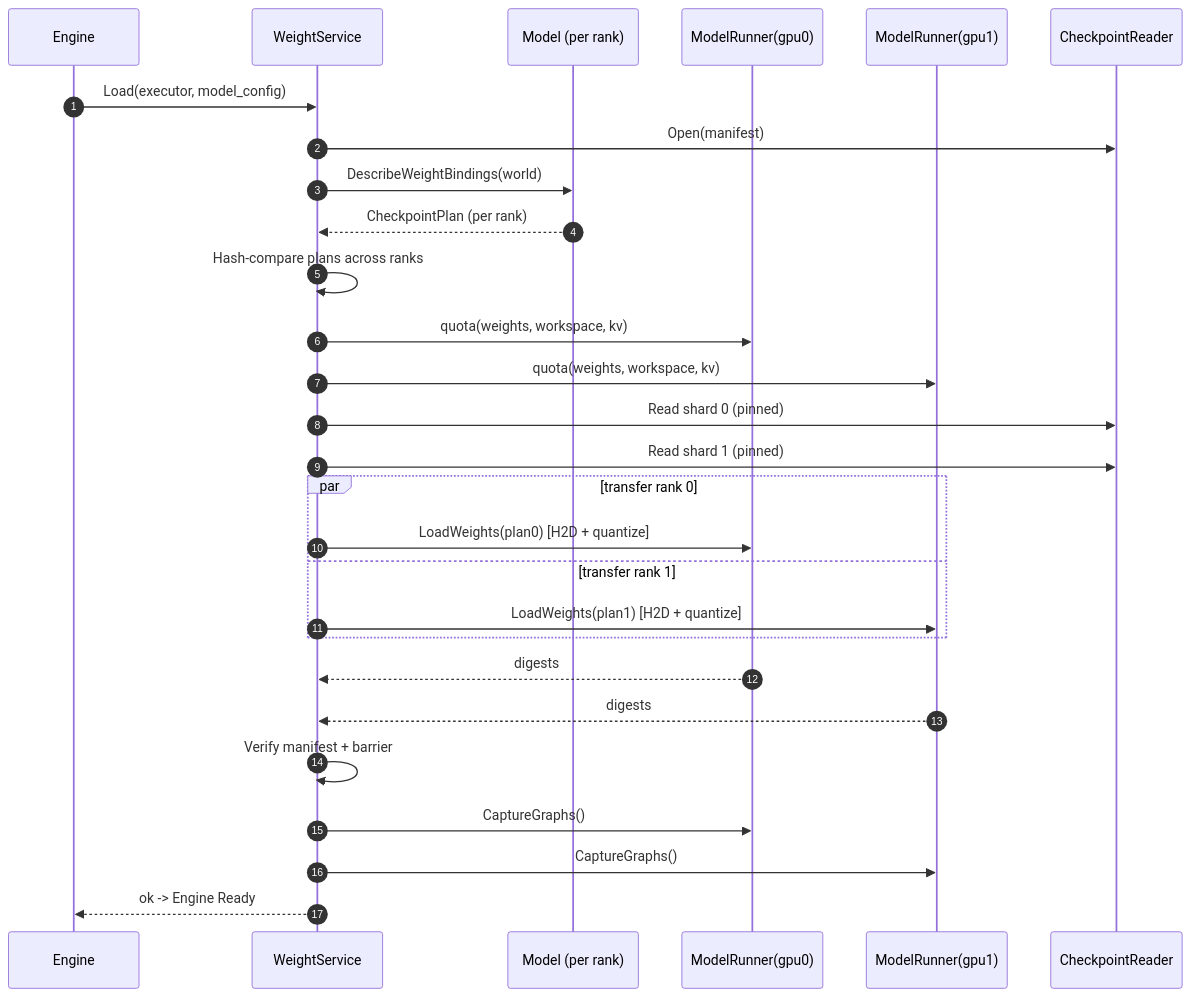
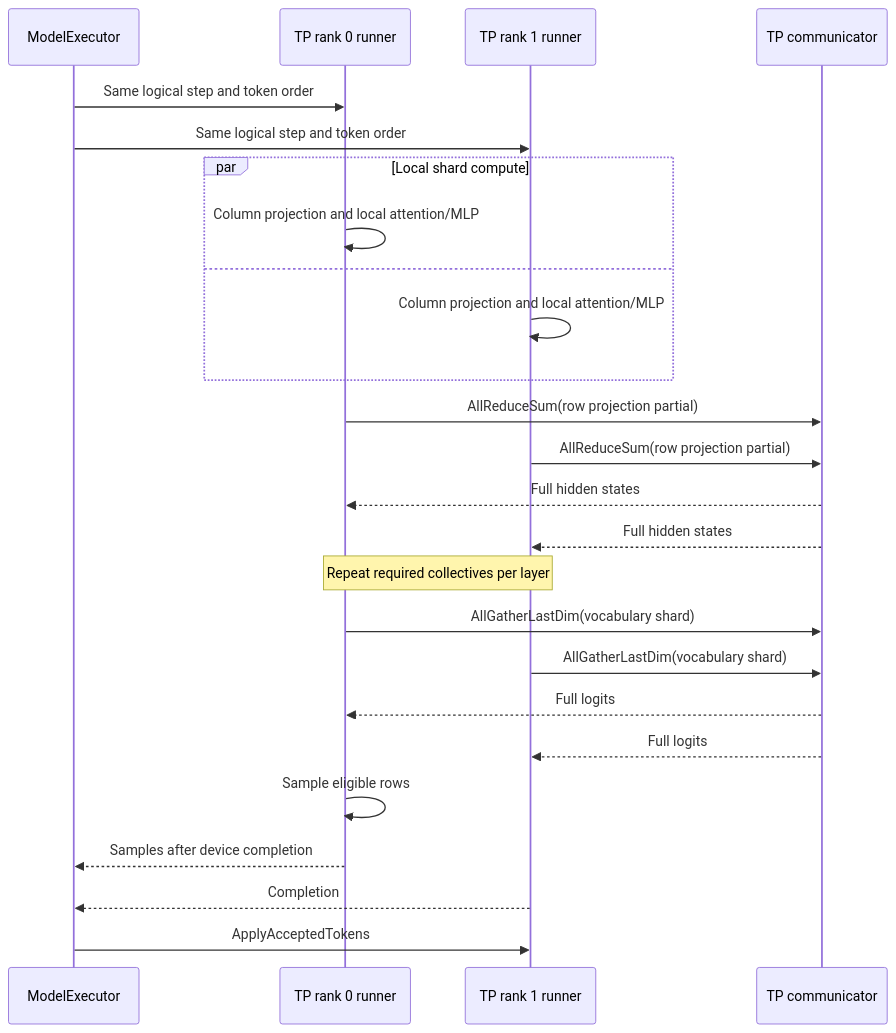
Before and after one commit to divedb/InferX: the second of 8 diagrams in docs/executor.md, drawn with Mermaid. The commit also changed other lines of this file and 1761 other files, not shown here.

````diff
--- a/docs/executor.md
+++ b/docs/executor.md
@@ -839,31 +362,27 @@
 ```mermaid
 sequenceDiagram
-    autonumber
-    participant E as Engine
-    participant WS as WeightService
-    participant M as Model (per rank)
-    participant R0 as ModelRunner(gpu0)
-    participant R1 as ModelRunner(gpu1)
-    participant CK as CheckpointReader
-
-    E->>WS: Load(executor, model_config)
-    WS->>CK: Open(manifest)
-    WS->>M: DescribeWeightBindings(world)
-    M-->>WS: CheckpointPlan (per rank)
-    WS->>WS: Hash-compare plans across ranks
-    WS->>R0: quota(weights, workspace, kv)
-    WS->>R1: quota(weights, workspace, kv)
-    WS->>CK: Read shard 0 (pinned)
-    WS->>CK: Read shard 1 (pinned)
-    par transfer rank 0
-        WS->>R0: LoadWeights(plan0)  [H2D + quantize]
-    and transfer rank 1
-        WS->>R1: LoadWeights(plan1)  [H2D + quantize]
+    participant E as ModelExecutor
+    participant A as TP rank 0 runner
+    participant B as TP rank 1 runner
+    participant C as TP communicator
+    E->>A: Same logical step and token order
+    E->>B: Same logical step and token order
+    par Local shard compute
+        A->>A: Column projection and local attention/MLP
+    and
+        B->>B: Column projection and local attention/MLP
     end
-    R0-->>WS: digests
-    R1-->>WS: digests
-    WS->>WS: Verify manifest + barrier
-    WS->>R0: CaptureGraphs()
-    WS->>R1: CaptureGraphs()
-    WS-->>E: ok -> Engine Ready
+    A->>C: AllReduceSum(row projection partial)
+    B->>C: AllReduceSum(row projection partial)
+    C-->>A: Full hidden states
+    C-->>B: Full hidden states
+    Note over A,B: Repeat required collectives per layer
+    A->>C: AllGatherLastDim(vocabulary shard)
+    B->>C: AllGatherLastDim(vocabulary shard)
+    C-->>A: Full logits
+    C-->>B: Full logits
+    A->>A: Sample eligible rows
+    A-->>E: Samples after device completion
+    B-->>E: Completion
+    E->>B: ApplyAcceptedTokens
 ```
````
